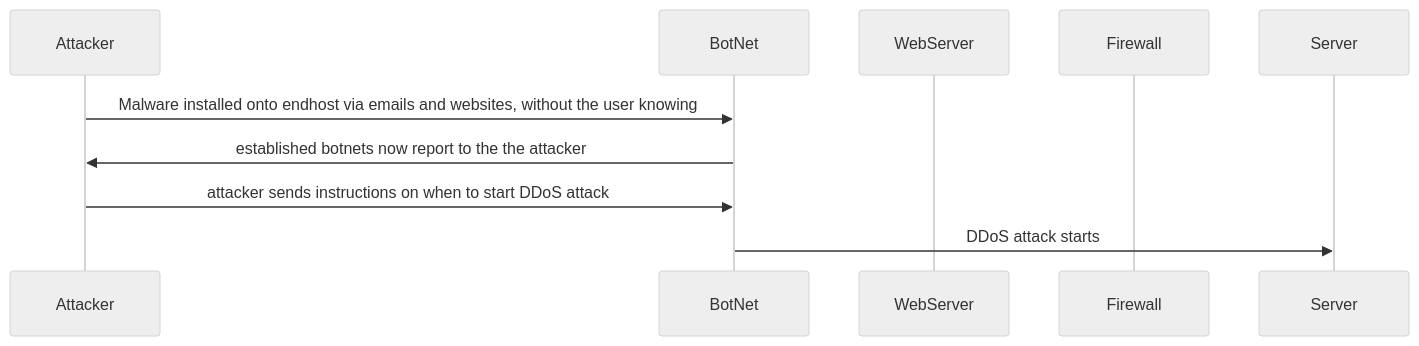
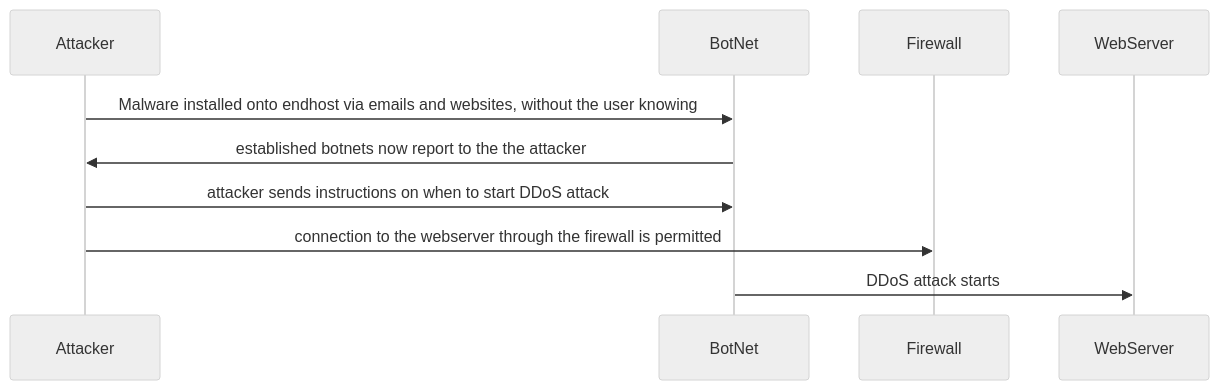
One commit to lmiddleton300/-DDoS_Attack_Sequence.md changed the diagram in DDoS_Attack_Sequence.md. Above: the diagram before and after it, drawn with Mermaid (neutral theme).

````diff
--- a/DDoS_Attack_Sequence.md
+++ b/DDoS_Attack_Sequence.md
@@ -2,12 +2,13 @@
 ```mermaid
 sequenceDiagram
  participant Attacker
  participant BotNet
+ participant Firewall
  participant WebServer
- participant Firewall
  
  Attacker->>BotNet: Malware installed onto endhost via emails and websites, without the user knowing
 BotNet->>Attacker: established botnets now report to the the attacker
 Attacker->>BotNet: attacker sends instructions on when to start DDoS attack
-BotNet->>Server: DDoS attack starts
+Attacker->>Firewall: connection to the webserver through the firewall is permitted
+BotNet->>WebServer: DDoS attack starts
 ```
````
